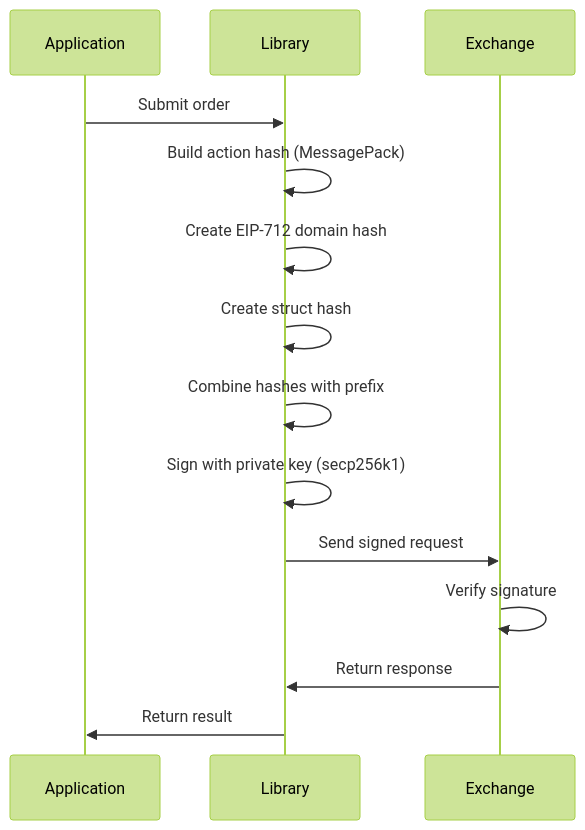
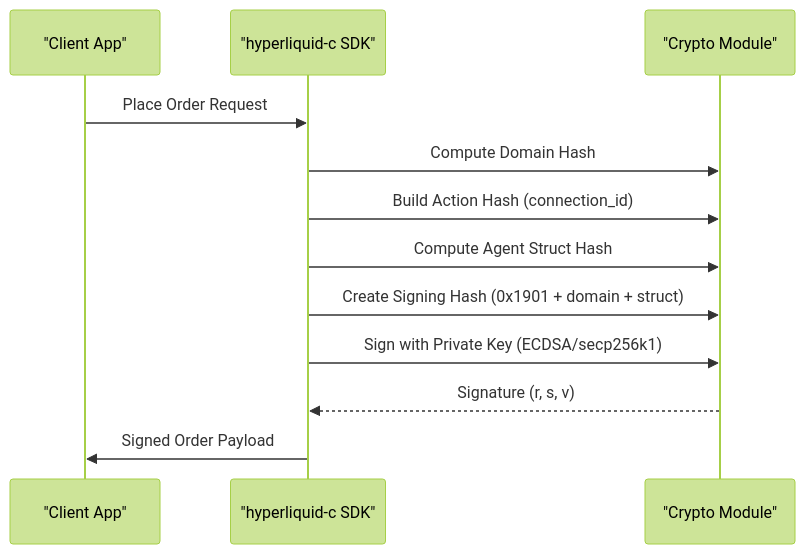
One commit to suenot/hyperliquid-c changed the first of 6 diagrams in .qoder/repowiki/en/content/Core Concepts/Core Concepts.md. Above: the diagram before and after it, drawn with Mermaid (forest theme). The commit also changed other lines of this file and 112 other files, not shown here.

````diff
--- a/.qoder/repowiki/en/content/Core Concepts/Core Concepts.md
+++ b/.qoder/repowiki/en/content/Core Concepts/Core Concepts.md
@@ -162,16 +34,14 @@
 ```mermaid
 sequenceDiagram
-participant Application
-participant Library
-participant Exchange
-Application->>Library : Submit order
-Library->>Library : Build action hash (MessagePack)
-Library->>Library : Create EIP-712 domain hash
-Library->>Library : Create struct hash
-Library->>Library : Combine hashes with prefix
-Library->>Library : Sign with private key (secp256k1)
-Library->>Exchange : Send signed request
-Exchange->>Exchange : Verify signature
-Exchange->>Library : Return response
-Library->>Application : Return result
+participant Client as "Client App"
+participant SDK as "hyperliquid-c SDK"
+participant Crypto as "Crypto Module"
+Client->>SDK : Place Order Request
+SDK->>Crypto : Compute Domain Hash
+SDK->>Crypto : Build Action Hash (connection_id)
+SDK->>Crypto : Compute Agent Struct Hash
+SDK->>Crypto : Create Signing Hash (0x1901 + domain + struct)
+SDK->>Crypto : Sign with Private Key (ECDSA/secp256k1)
+Crypto-->>SDK : Signature (r, s, v)
+SDK->>Client : Signed Order Payload
 ```
````
